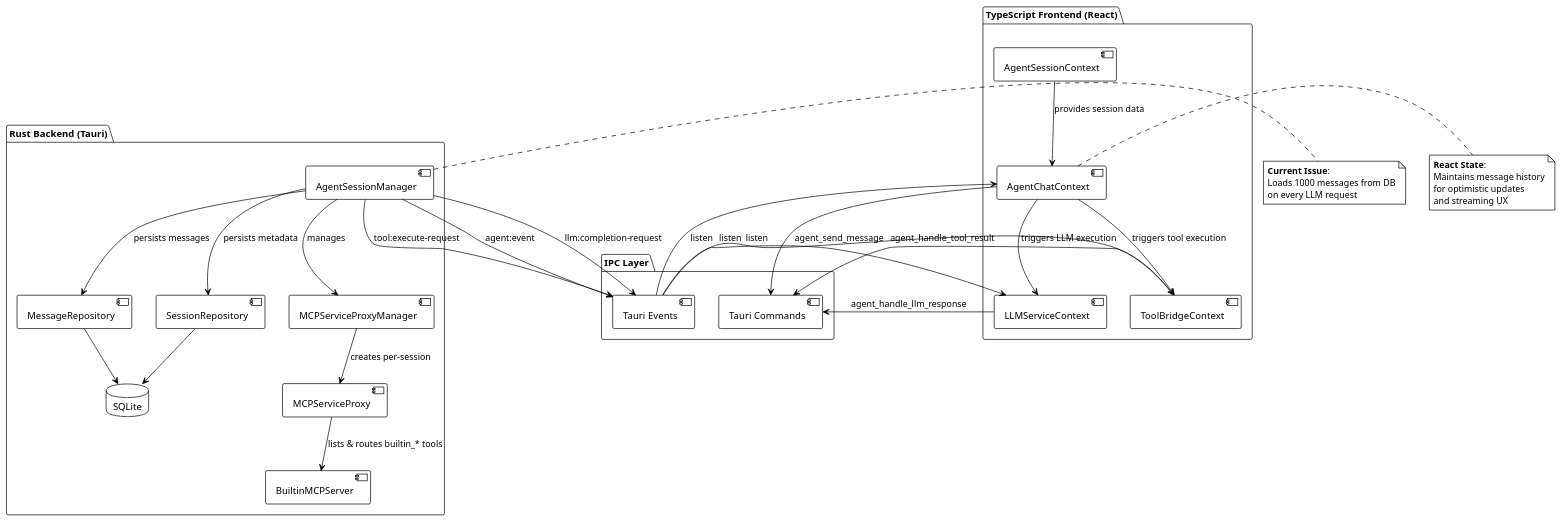
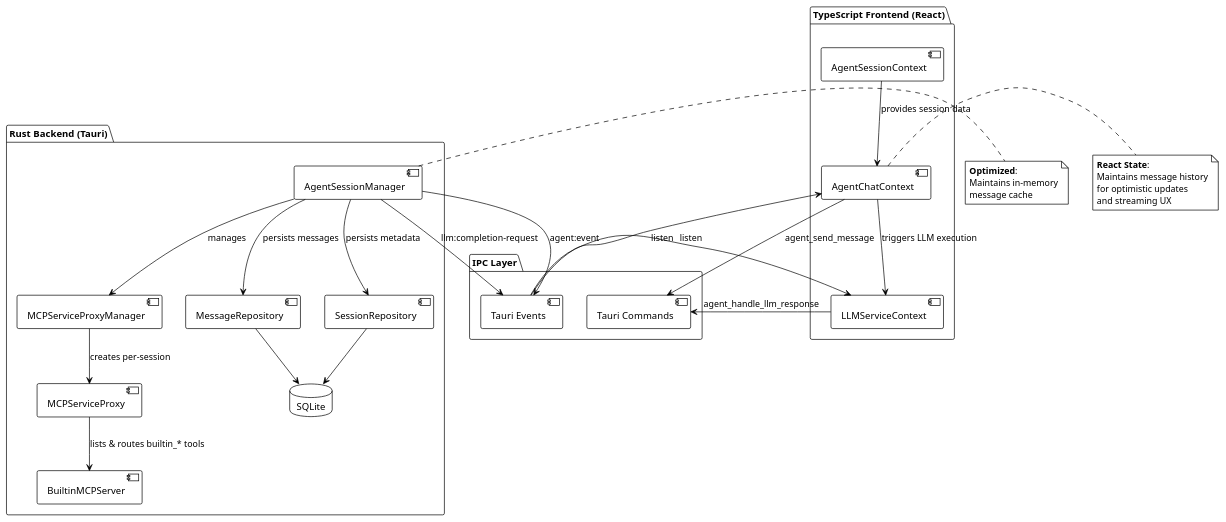
The first of 4 diagrams in docs/architecture/agent-workflow-architecture.md (fritzprix/libr-agent), drawn with PlantUML before and after one commit. The commit also changed other lines of this file and 12 other files, not shown here.

Commit message:
docs: add browser error handling and agent workflow architecture documentation.

````diff
--- a/docs/architecture/agent-workflow-architecture.md
+++ b/docs/architecture/agent-workflow-architecture.md
@@ -30,68 +30,63 @@
 ```plantuml
 @startuml
 !theme plain
 
 package "Rust Backend (Tauri)" {
   [AgentSessionManager] as ASM
   [MCPServiceProxyManager] as MCPM
   [MCPServiceProxy] as MCP
   [BuiltinMCPServer] as Builtin
   [MessageRepository] as MsgRepo
   [SessionRepository] as SessRepo
   database "SQLite" as DB
 }
 
 package "TypeScript Frontend (React)" {
   [AgentChatContext] as ChatCtx
   [LLMServiceContext] as LLMCtx
-  [ToolBridgeContext] as ToolCtx
   [AgentSessionContext] as SessCtx
 }
 
 package "IPC Layer" {
   [Tauri Commands] as Cmd
   [Tauri Events] as Evt
 }
 
 ' Backend internal flow
 ASM --> MCPM : manages
 MCPM --> MCP : creates per-session
 MCP --> Builtin : lists & routes builtin_* tools
 ASM --> MsgRepo : persists messages
 ASM --> SessRepo : persists metadata
 MsgRepo --> DB
 SessRepo --> DB
 
 ' Frontend internal flow
 ChatCtx --> LLMCtx : triggers LLM execution
-ChatCtx --> ToolCtx : triggers tool execution
 SessCtx --> ChatCtx : provides session data
 
 ' IPC communication
 ChatCtx --> Cmd : agent_send_message
 LLMCtx --> Cmd : agent_handle_llm_response
-ToolCtx --> Cmd : agent_handle_tool_result
 ASM --> Evt : llm:completion-request
-ASM --> Evt : tool:execute-request
 ASM --> Evt : agent:event
 
 ' Event listeners
 Evt --> LLMCtx : listen
-Evt --> ToolCtx : listen
 Evt --> ChatCtx : listen
 
 note right of ASM
-  **Current Issue**:
-  Loads 1000 messages from DB
-  on every LLM request
+  **Optimized**:
+  Maintains in-memory
+  message cache
 end note
 
 note right of ChatCtx
   **React State**:
   Maintains message history
   for optimistic updates
   and streaming UX
 end note
 
 @enduml
 ```
````
